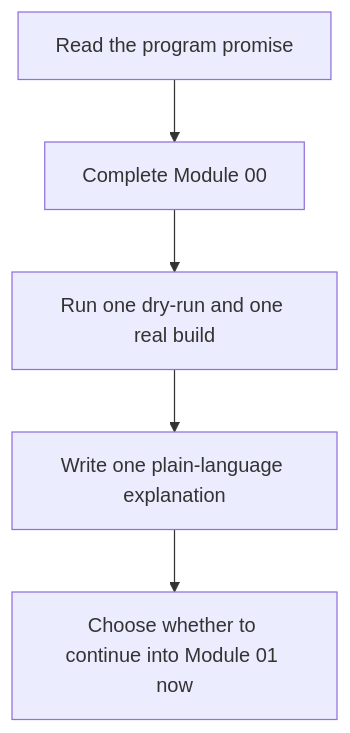
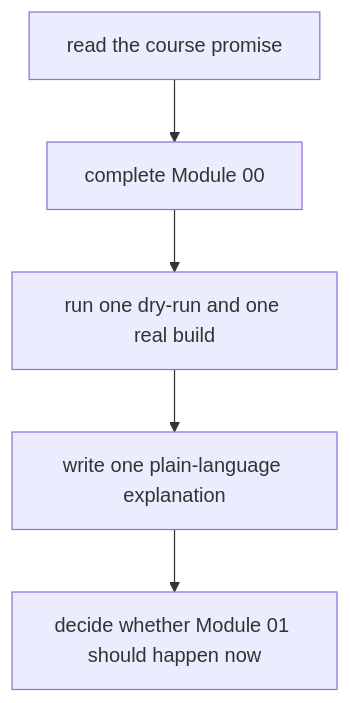
Before and after one commit to bijux/bijux-masterclass: the diagram in programs/reproducible-research/deep-dive-snakemake/course-book/module-00-orientation/first-contact-map.md, drawn with Mermaid. The commit also changed other lines of this file and 1 other file, not shown here.

````diff
--- a/programs/reproducible-research/deep-dive-snakemake/course-book/module-00-orientation/first-contact-map.md
+++ b/programs/reproducible-research/deep-dive-snakemake/course-book/module-00-orientation/first-contact-map.md
@@ -9,7 +14,7 @@
 ```mermaid
 flowchart TD
-  promise["Read the program promise"] --> orient["Complete Module 00"]
-  orient --> dryrun["Run one dry-run and one real build"]
-  dryrun --> reflect["Write one plain-language explanation"]
-  reflect --> decide["Choose whether to continue into Module 01 now"]
+  promise["read the course promise"] --> orient["complete Module 00"]
+  orient --> dryrun["run one dry-run and one real build"]
+  dryrun --> reflect["write one plain-language explanation"]
+  reflect --> decide["decide whether Module 01 should happen now"]
 ```
````
